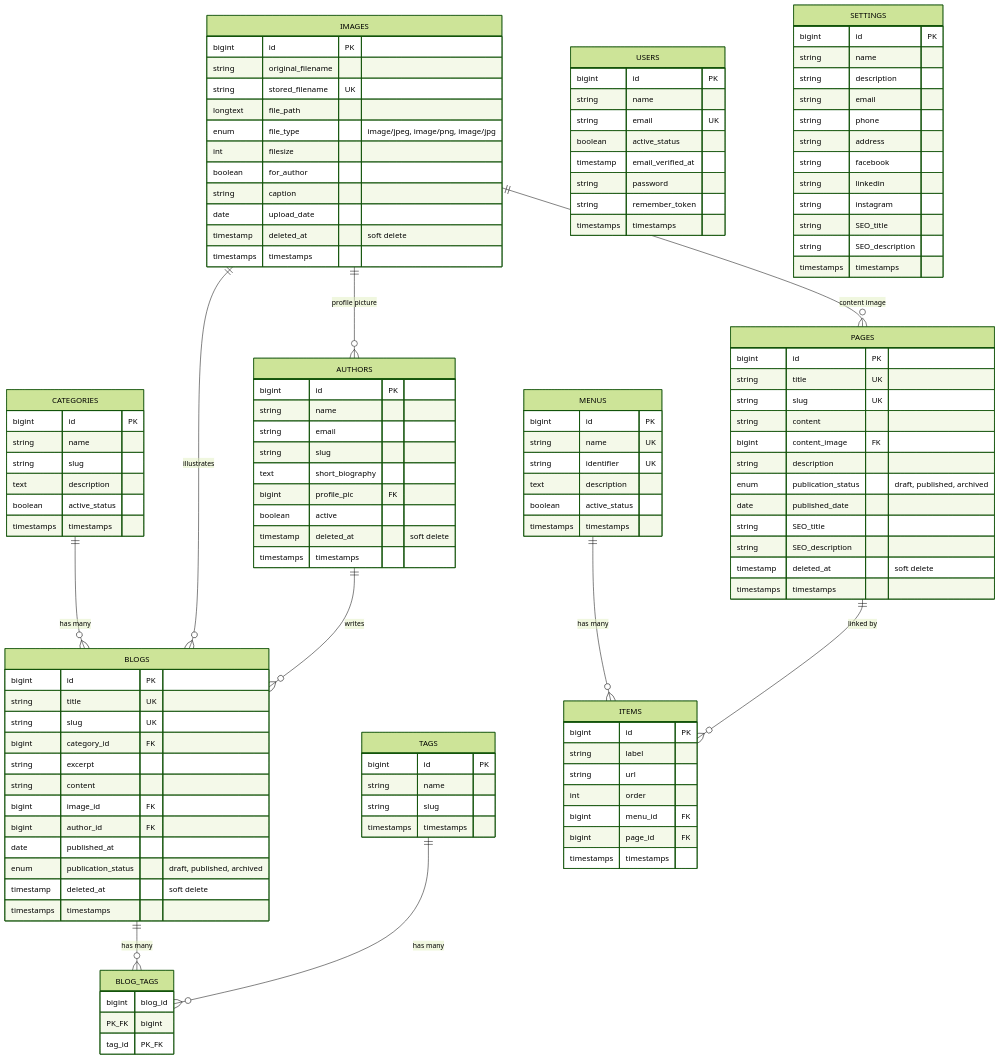
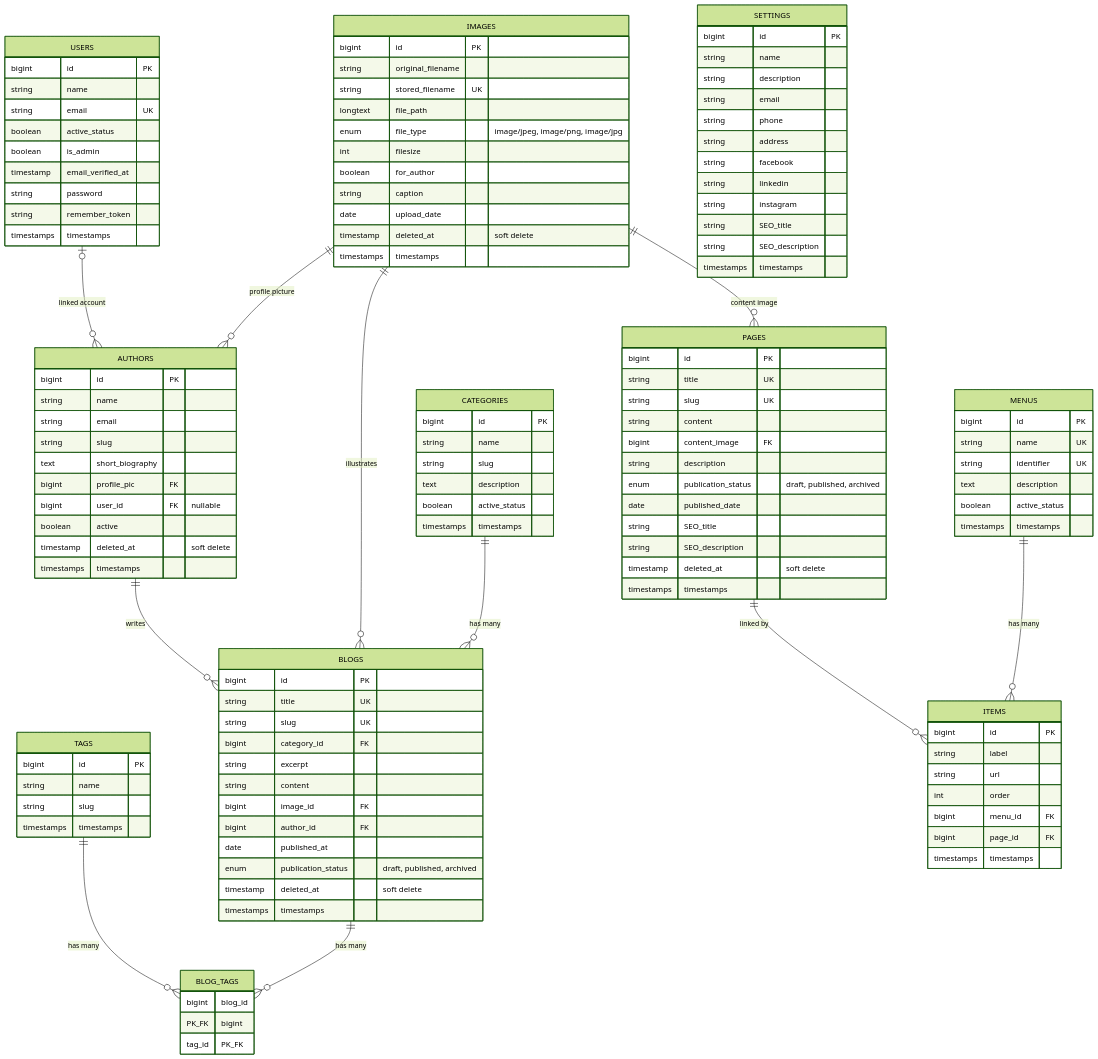
One commit to reaminate/Content-Management-Systen changed the diagram in database/DATABASE_DIAGRAM.md. Above: the diagram before and after it, drawn with Mermaid (forest theme). The commit also changed other lines of this file and 10 other files, not shown here.

```diff
--- a/database/DATABASE_DIAGRAM.md
+++ b/database/DATABASE_DIAGRAM.md
@@ -10,6 +10,7 @@
     IMAGES ||--o{ AUTHORS : "profile picture"
     IMAGES ||--o{ PAGES : "content image"
     AUTHORS ||--o{ BLOGS : "writes"
+    USERS |o--o{ AUTHORS : "linked account"
     BLOGS ||--o{ BLOG_TAGS : "has many"
     TAGS ||--o{ BLOG_TAGS : "has many"
     MENUS ||--o{ ITEMS : "has many"
@@ -20,6 +21,7 @@
         string name
         string email UK
         boolean active_status
+        boolean is_admin
         timestamp email_verified_at
         string password
         string remember_token
@@ -63,6 +65,7 @@
         string slug
         text short_biography
         bigint profile_pic FK
+        bigint user_id FK "nullable"
         boolean active
         timestamp deleted_at "soft delete"
         timestamps timestamps
```
